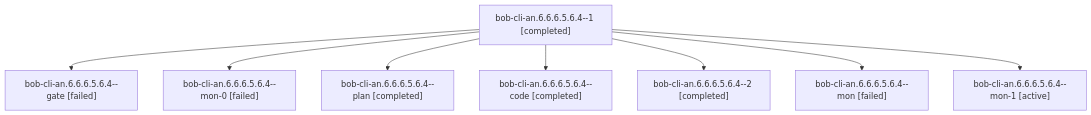
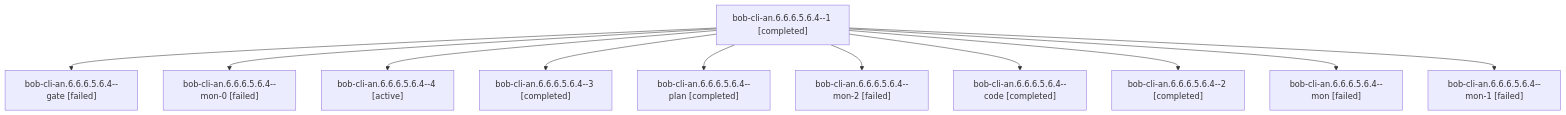
The diagram in sessions/bbugyi200.athena.bob-cli-an.6.6.6.5.6.4.md (bobs-org/bob-cli--agents), drawn with Mermaid before and after one commit. The commit also changed other lines of this file and 159 other files, not shown here.

````diff
--- a/sessions/bbugyi200.athena.bob-cli-an.6.6.6.5.6.4.md
+++ b/sessions/bbugyi200.athena.bob-cli-an.6.6.6.5.6.4.md
@@ -9,18 +9,24 @@
 ```mermaid
 flowchart TD
   n0["bob-cli-an.6.6.6.5.6.4--1 [completed]"]
   n1["bob-cli-an.6.6.6.5.6.4--gate [failed]"]
   n0 --> n1
   n2["bob-cli-an.6.6.6.5.6.4--mon-0 [failed]"]
   n0 --> n2
-  n3["bob-cli-an.6.6.6.5.6.4--plan [completed]"]
+  n3["bob-cli-an.6.6.6.5.6.4--4 [active]"]
   n0 --> n3
-  n4["bob-cli-an.6.6.6.5.6.4--code [completed]"]
+  n4["bob-cli-an.6.6.6.5.6.4--3 [completed]"]
   n0 --> n4
-  n5["bob-cli-an.6.6.6.5.6.4--2 [completed]"]
+  n5["bob-cli-an.6.6.6.5.6.4--plan [completed]"]
   n0 --> n5
-  n6["bob-cli-an.6.6.6.5.6.4--mon [failed]"]
+  n6["bob-cli-an.6.6.6.5.6.4--mon-2 [failed]"]
   n0 --> n6
-  n7["bob-cli-an.6.6.6.5.6.4--mon-1 [active]"]
+  n7["bob-cli-an.6.6.6.5.6.4--code [completed]"]
   n0 --> n7
+  n8["bob-cli-an.6.6.6.5.6.4--2 [completed]"]
+  n0 --> n8
+  n9["bob-cli-an.6.6.6.5.6.4--mon [failed]"]
+  n0 --> n9
+  n10["bob-cli-an.6.6.6.5.6.4--mon-1 [failed]"]
+  n0 --> n10
 ```
````
